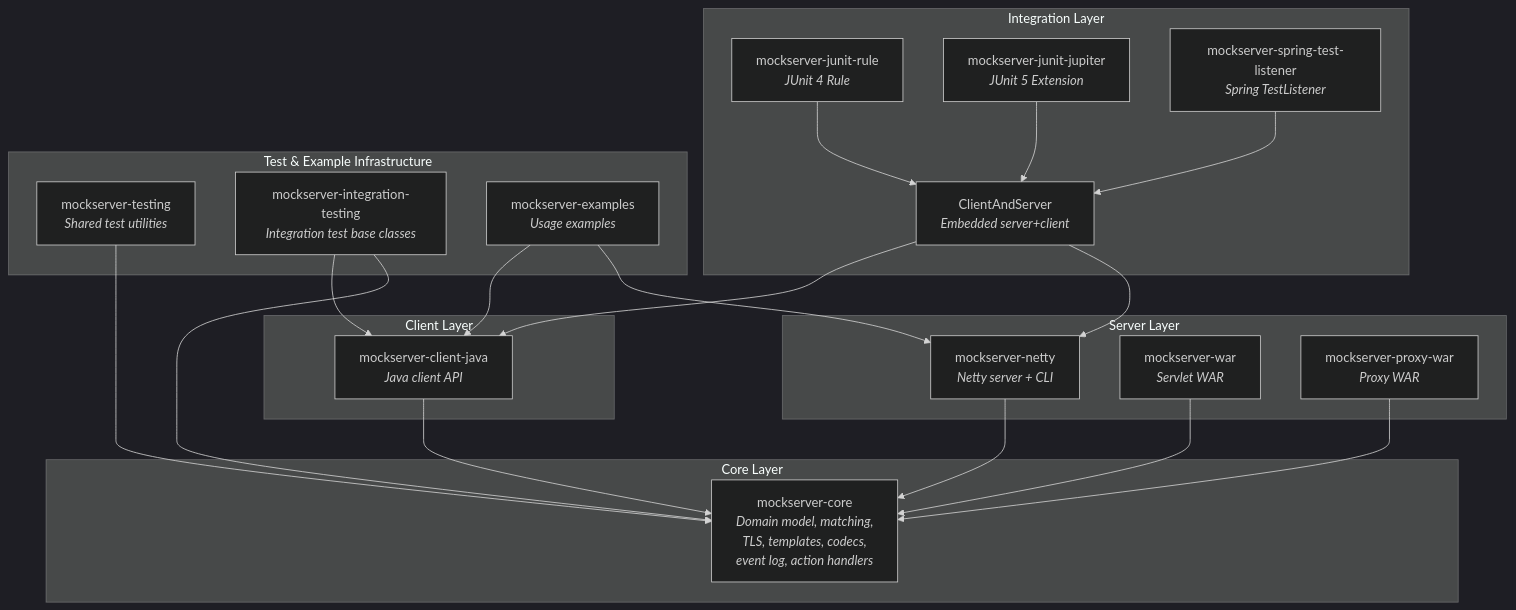
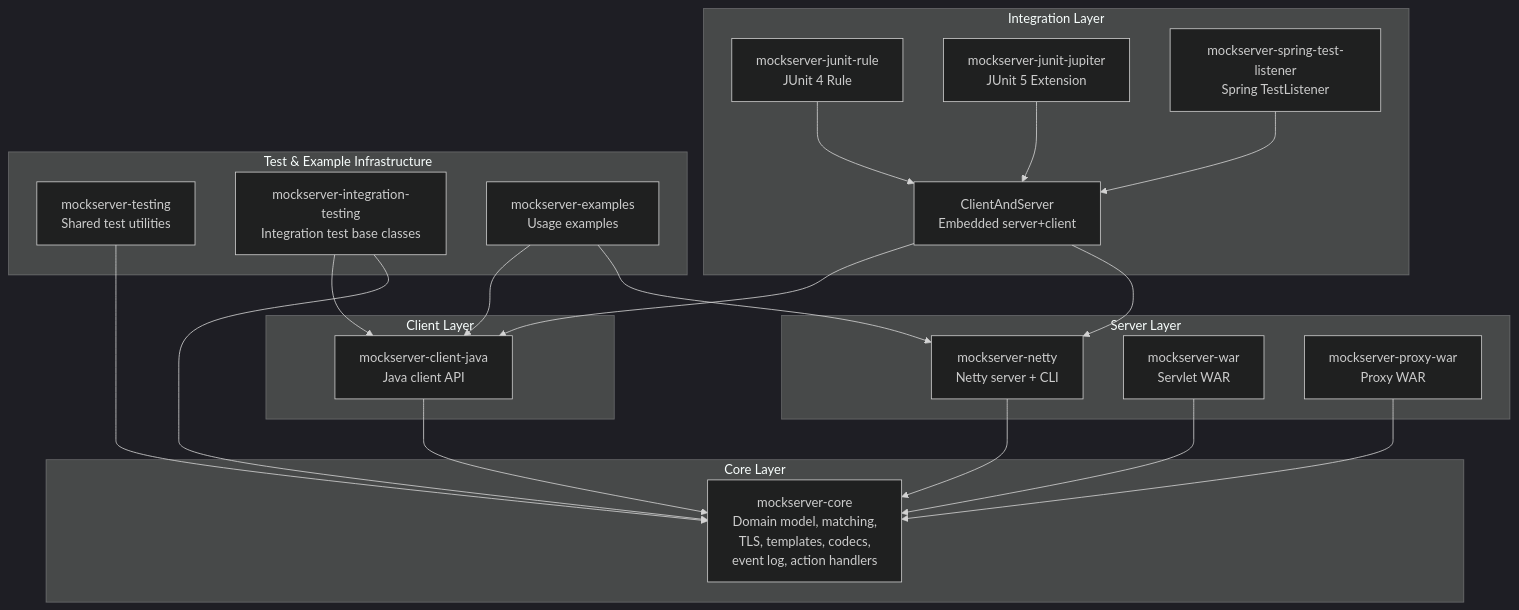
One commit to mock-server/mockserver changed the second of 2 diagrams in docs/code/overview.md. Above: the diagram before and after it, drawn with Mermaid (dark theme). The commit also changed other lines of this file and 21 other files, not shown here.

First line of the commit message:
fix(docs): remove HTML tags from Mermaid diagrams to fix GitHub rendering

````diff
--- a/docs/code/overview.md
+++ b/docs/code/overview.md
@@ -57,44 +66,58 @@
 ```mermaid
 graph TB
     subgraph "Client Layer"
-        JC[mockserver-client-java<br/><i>Java client API</i>]
+        JC["mockserver-client-java
+Java client API"]
     end
 
     subgraph "Server Layer"
-        MN[mockserver-netty<br/><i>Netty server + CLI</i>]
-        MW[mockserver-war<br/><i>Servlet WAR</i>]
-        MPW[mockserver-proxy-war<br/><i>Proxy WAR</i>]
+        MN["mockserver-netty
+Netty server + CLI"]
+        MW["mockserver-war
+Servlet WAR"]
+        MPW["mockserver-proxy-war
+Proxy WAR"]
     end
 
     subgraph "Integration Layer"
-        CAS[ClientAndServer<br/><i>Embedded server+client</i>]
-        JR[mockserver-junit-rule<br/><i>JUnit 4 Rule</i>]
-        JJ[mockserver-junit-jupiter<br/><i>JUnit 5 Extension</i>]
-        STL[mockserver-spring-test-listener<br/><i>Spring TestListener</i>]
+        CAS["ClientAndServer
+Embedded server+client"]
+        JR["mockserver-junit-rule
+JUnit 4 Rule"]
+        JJ["mockserver-junit-jupiter
+JUnit 5 Extension"]
+        STL["mockserver-spring-test-listener
+Spring TestListener"]
     end
 
     subgraph "Core Layer"
-        MC[mockserver-core<br/><i>Domain model, matching,<br/>TLS, templates, codecs,<br/>event log, action handlers</i>]
+        MC["mockserver-core
+Domain model, matching,
+TLS, templates, codecs,
+event log, action handlers"]
     end
 
     subgraph "Test & Example Infrastructure"
-        MT[mockserver-testing<br/><i>Shared test utilities</i>]
-        MIT[mockserver-integration-testing<br/><i>Integration test base classes</i>]
-        MEX[mockserver-examples<br/><i>Usage examples</i>]
+        MT["mockserver-testing
+Shared test utilities"]
+        MIT["mockserver-integration-testing
+Integration test base classes"]
+        MEX["mockserver-examples
+Usage examples"]
     end
 
     JC --> MC
     MN --> MC
     MW --> MC
     MPW --> MC
     CAS --> MN
     CAS --> JC
     JR --> CAS
     JJ --> CAS
     STL --> CAS
     MT --> MC
     MIT --> MC
     MIT --> JC
     MEX --> MN
     MEX --> JC
 ```
````
